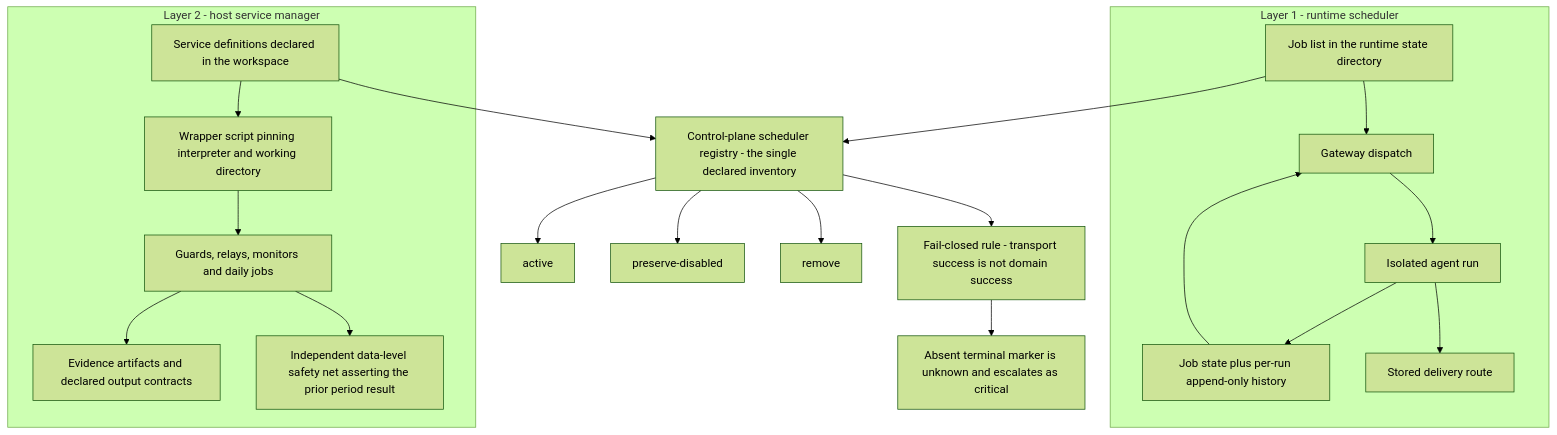
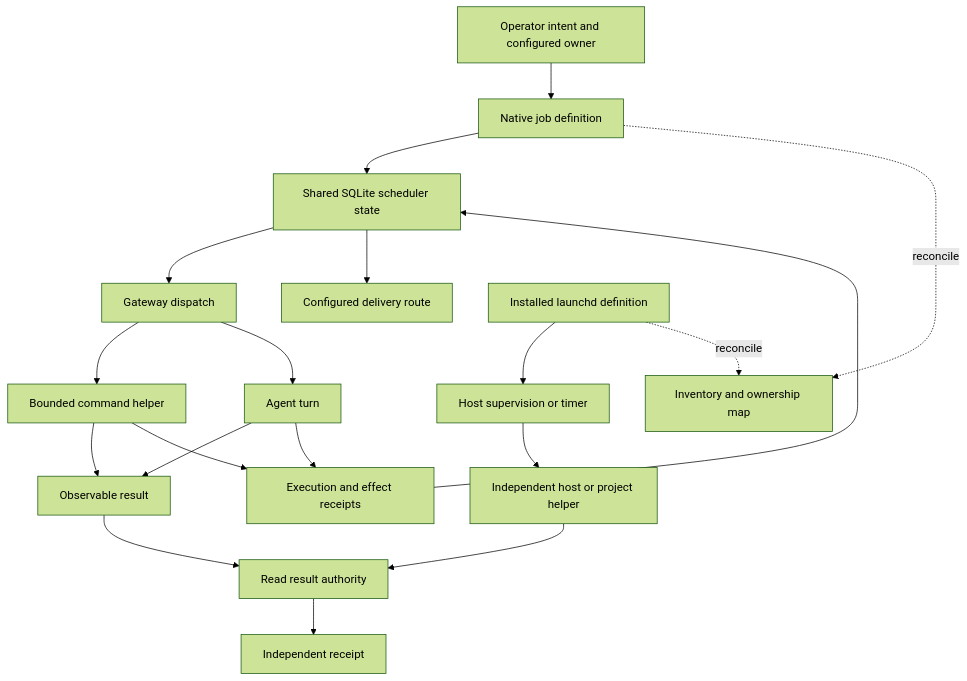
One commit to josephbergvinson/openclaw-control-plane changed the diagram in docs/12-scheduling-and-background-work.md. Above: the diagram before and after it, drawn with Mermaid (forest theme). The commit also changed other lines of this file and 239 other files, not shown here.

````diff
--- a/docs/12-scheduling-and-background-work.md
+++ b/docs/12-scheduling-and-background-work.md
@@ -71,39 +18,21 @@
 ```mermaid
 flowchart TD
-  subgraph L1[Layer 1 - runtime scheduler]
-    A1[Job list in the runtime state directory]
-    A2[Job state plus per-run append-only history]
-    A5[Gateway dispatch]
-    A6[Isolated agent run]
-    A7[Stored delivery route]
-  end
-  subgraph L2[Layer 2 - host service manager]
-    B1[Service definitions declared in the workspace]
-    B2[Wrapper script pinning interpreter and working directory]
-    B3[Guards, relays, monitors and daily jobs]
-    B4[Evidence artifacts and declared output contracts]
-    S1[Independent data-level safety net asserting the prior period result]
-  end
-  REG[Control-plane scheduler registry - the single declared inventory]
-  C1[active]
-  C2[preserve-disabled]
-  C3[remove]
-  F1[Fail-closed rule - transport success is not domain success]
-  F2[Absent terminal marker is unknown and escalates as critical]
-  A1 --> A5
-  A2 --> A5
-  A5 --> A6
-  A6 --> A2
-  A6 --> A7
-  B1 --> B2
-  B2 --> B3
-  B3 --> B4
-  B3 --> S1
-  A1 --> REG
-  B1 --> REG
-  REG --> C1
-  REG --> C2
-  REG --> C3
-  REG --> F1
-  F1 --> F2
+  OP[Operator intent and configured owner] --> JOB[Native job definition]
+  JOB --> DB[Shared SQLite scheduler state]
+  DB --> GW[Gateway dispatch]
+  GW --> CMD[Bounded command helper]
+  GW --> AGENT[Agent turn]
+  CMD --> EFFECT[Observable result]
+  AGENT --> EFFECT
+  CMD --> RECEIPT[Execution and effect receipts]
+  AGENT --> RECEIPT
+  RECEIPT --> DB
+  DB --> DELIVERY[Configured delivery route]
+  PLIST[Installed launchd definition] --> LAUNCH[Host supervision or timer]
+  LAUNCH --> HOST[Independent host or project helper]
+  HOST --> CHECK[Read result authority]
+  EFFECT --> CHECK
+  CHECK --> HOSTREC[Independent receipt]
+  JOB -. reconcile .-> INVENTORY[Inventory and ownership map]
+  PLIST -. reconcile .-> INVENTORY
 ```
````
